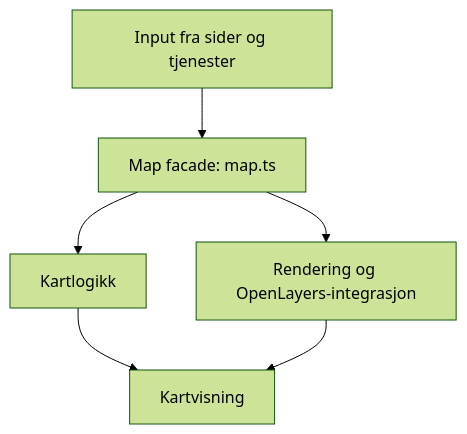
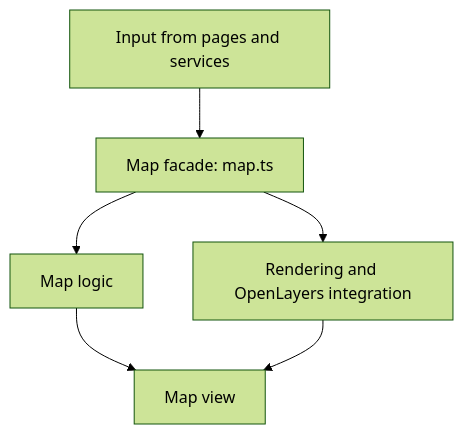
The third of 4 diagrams in README.md (ntnu-team-19/min-arbeidsdag), drawn with Mermaid (forest theme) before and after one commit. The commit also changed other lines of this file, not shown here.

Commit message:
docs: Updates class diagram so it is more technically accurate

````diff
--- a/README.md
+++ b/README.md
@@ -75,8 +75,8 @@
 ```mermaid
 flowchart TB
-    I["Input fra sider og tjenester"] --> F["Map facade: map.ts"]
-    F --> L["Kartlogikk"]
-    F --> R["Rendering og OpenLayers-integrasjon"]
-    L --> V["Kartvisning"]
+    I["Input from pages and services"] --> F["Map facade: map.ts"]
+    F --> L["Map logic"]
+    F --> R["Rendering and OpenLayers integration"]
+    L --> V["Map view"]
     R --> V
 ```
````
